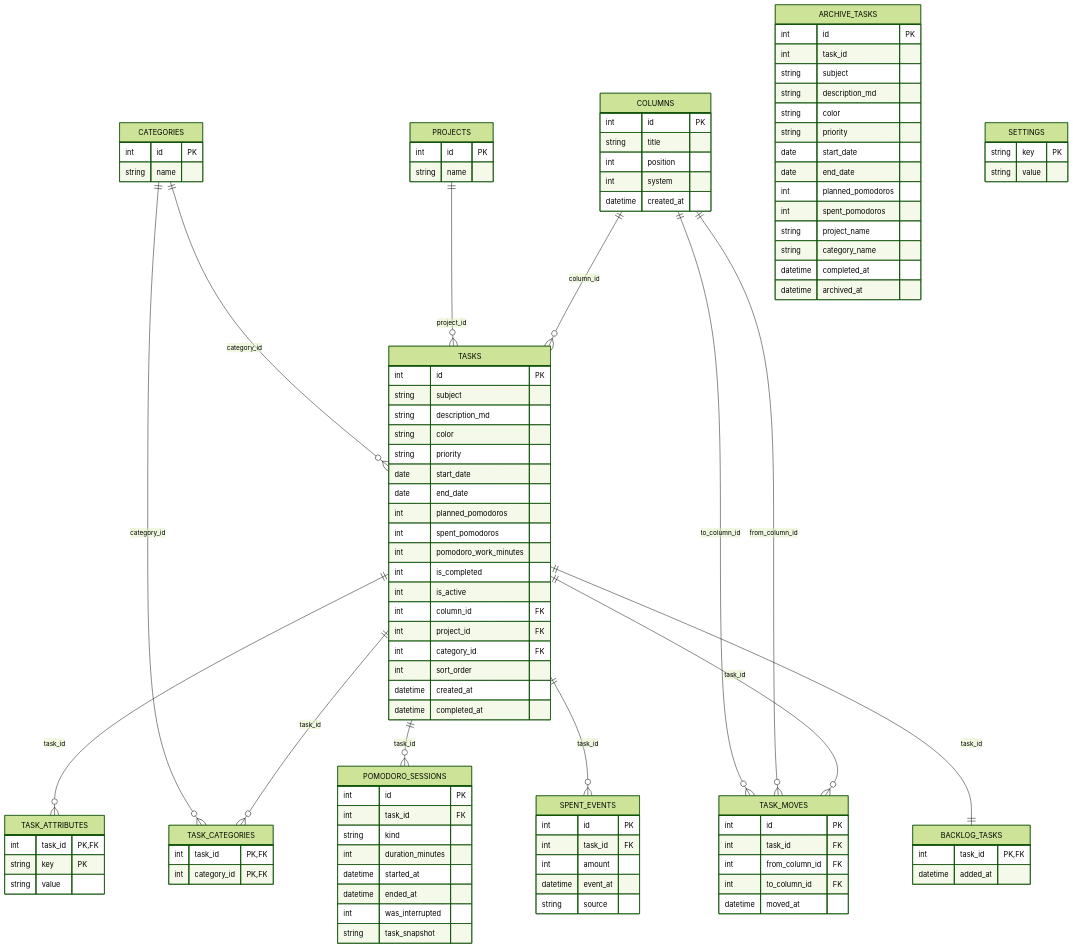
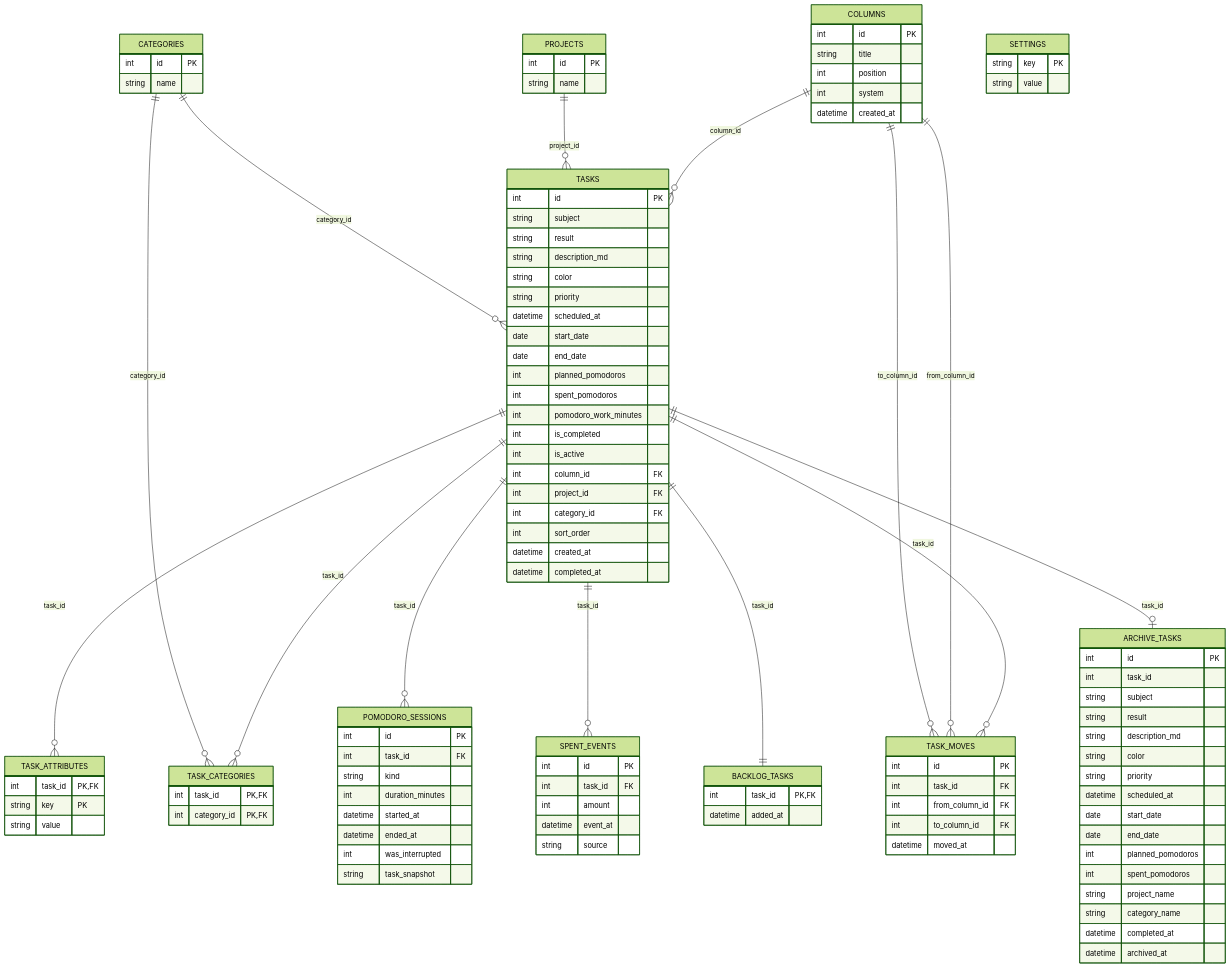
The diagram in db-schema.mmd (abanshin-an/actio), drawn with Mermaid (forest theme) before and after one commit. The commit also changed 4 other files, not shown here.

```diff
--- a/db-schema.mmd
+++ b/db-schema.mmd
@@ -1,119 +1,124 @@
 erDiagram
     COLUMNS {
         int id PK
         string title
         int position
         int system
         datetime created_at
     }
 
     PROJECTS {
         int id PK
         string name
     }
 
     CATEGORIES {
         int id PK
         string name
     }
 
     TASKS {
         int id PK
         string subject
+        string result
         string description_md
         string color
         string priority
+        datetime scheduled_at
         date start_date
         date end_date
         int planned_pomodoros
         int spent_pomodoros
         int pomodoro_work_minutes
         int is_completed
         int is_active
         int column_id FK
         int project_id FK
         int category_id FK
         int sort_order
         datetime created_at
         datetime completed_at
     }
 
     TASK_ATTRIBUTES {
         int task_id PK, FK
         string key PK
         string value
     }
 
     TASK_CATEGORIES {
         int task_id PK, FK
         int category_id PK, FK
     }
 
     TASK_MOVES {
         int id PK
         int task_id FK
         int from_column_id FK
         int to_column_id FK
         datetime moved_at
     }
 
     POMODORO_SESSIONS {
         int id PK
         int task_id FK
         string kind
         int duration_minutes
         datetime started_at
         datetime ended_at
         int was_interrupted
         string task_snapshot
     }
 
     SPENT_EVENTS {
         int id PK
         int task_id FK
         int amount
         datetime event_at
         string source
     }
 
     BACKLOG_TASKS {
         int task_id PK, FK
         datetime added_at
     }
 
     ARCHIVE_TASKS {
         int id PK
         int task_id
         string subject
+        string result
         string description_md
         string color
         string priority
+        datetime scheduled_at
         date start_date
         date end_date
         int planned_pomodoros
         int spent_pomodoros
         string project_name
         string category_name
         datetime completed_at
         datetime archived_at
     }
 
     SETTINGS {
         string key PK
         string value
     }
 
     COLUMNS ||--o{ TASKS : "column_id"
     PROJECTS ||--o{ TASKS : "project_id"
     CATEGORIES ||--o{ TASKS : "category_id"
 
     TASKS ||--o{ TASK_ATTRIBUTES : "task_id"
     TASKS ||--o{ TASK_CATEGORIES : "task_id"
     CATEGORIES ||--o{ TASK_CATEGORIES : "category_id"
     TASKS ||--o{ TASK_MOVES : "task_id"
     COLUMNS ||--o{ TASK_MOVES : "from_column_id"
     COLUMNS ||--o{ TASK_MOVES : "to_column_id"
 
     TASKS ||--o{ POMODORO_SESSIONS : "task_id"
     TASKS ||--o{ SPENT_EVENTS : "task_id"
     TASKS ||--|| BACKLOG_TASKS : "task_id"
+    TASKS ||--o| ARCHIVE_TASKS : "task_id"
```
